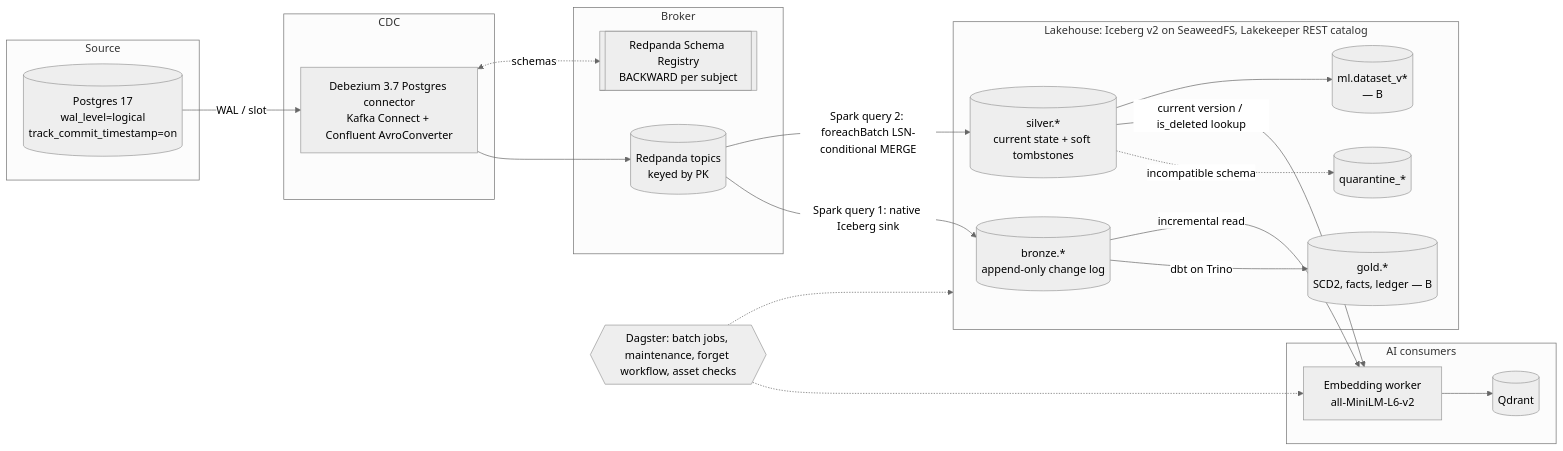
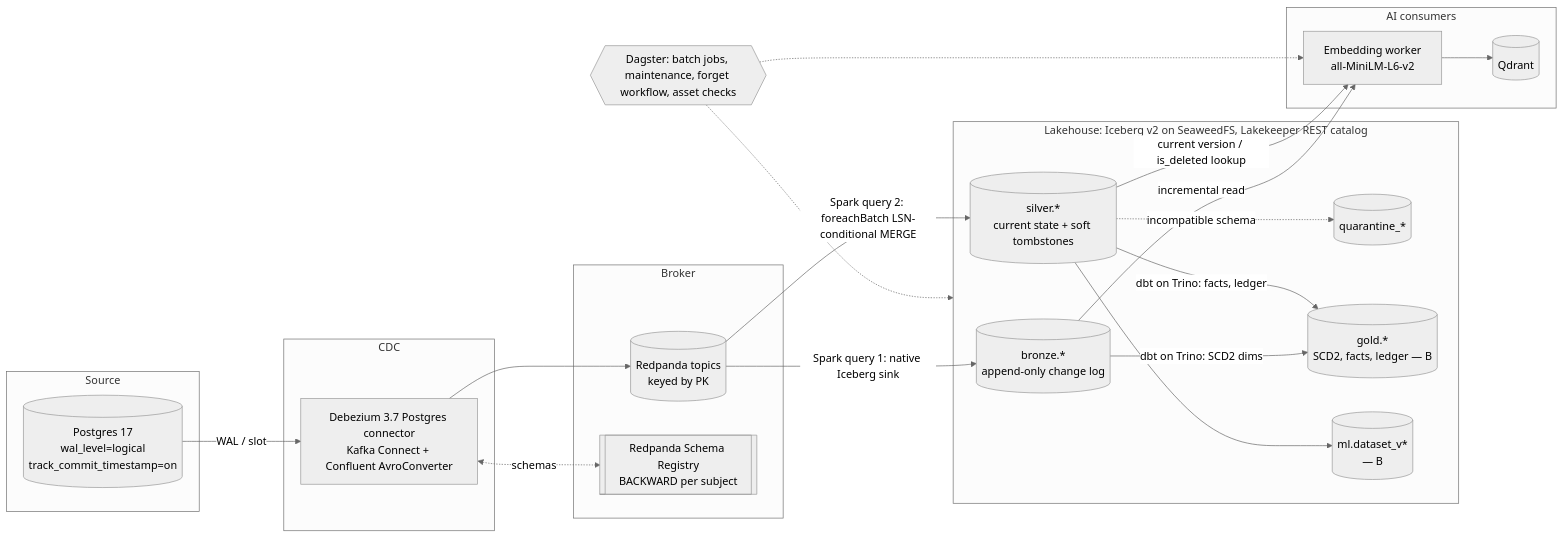
Before and after one commit to RevanthPosina/ai-data-reliability-platform: the diagram in docs/design.md, drawn with Mermaid (neutral theme). The commit also changed other lines of this file and 8 other files, not shown here.

````diff
--- a/docs/design.md
+++ b/docs/design.md
@@ -11,36 +11,37 @@
 ```mermaid
 flowchart LR
   subgraph SRC[Source]
     PG[(Postgres 17<br/>wal_level=logical<br/>track_commit_timestamp=on)]
   end
   subgraph CDC[CDC]
     DBZ[Debezium 3.7 Postgres connector<br/>Kafka Connect + Confluent AvroConverter]
   end
   subgraph BRK[Broker]
     RP[(Redpanda topics<br/>keyed by PK)]
     SR[[Redpanda Schema Registry<br/>BACKWARD per subject]]
   end
   subgraph LH[Lakehouse: Iceberg v2 on SeaweedFS, Lakekeeper REST catalog]
     BR[(bronze.*<br/>append-only change log)]
     SV[(silver.*<br/>current state + soft tombstones)]
     QT[(quarantine_*)]
     GD[(gold.*<br/>SCD2, facts, ledger — B)]
     DS[(ml.dataset_v*<br/>— B)]
   end
   subgraph AI[AI consumers]
     EW[Embedding worker<br/>all-MiniLM-L6-v2]
     QD[(Qdrant)]
   end
   PG -- WAL / slot --> DBZ --> RP
   DBZ <-.schemas.-> SR
   RP -- Spark query 1: native Iceberg sink --> BR
   RP -- Spark query 2: foreachBatch LSN-conditional MERGE --> SV
   SV -. incompatible schema .-> QT
-  BR -- dbt on Trino --> GD
+  BR -- dbt on Trino: SCD2 dims --> GD
+  SV -- dbt on Trino: facts, ledger --> GD
   BR -- incremental read --> EW
   SV -- current version / is_deleted lookup --> EW
   EW --> QD
   SV --> DS
   DAG{{Dagster: batch jobs, maintenance, forget workflow, asset checks}} -.-> LH
   DAG -.-> EW
 ```
````
